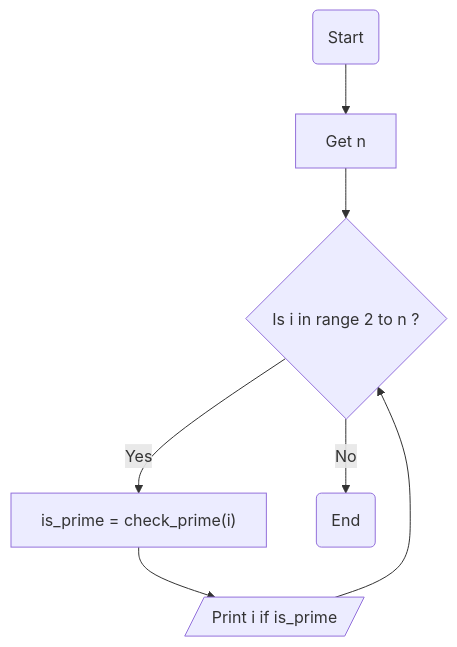
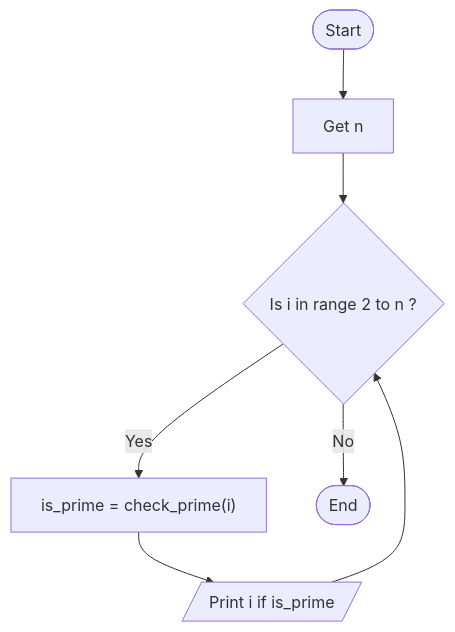
The diagram in helps/exercise-4-1.md (hayyaun/kids), drawn with Mermaid before and after one commit. The commit also changed 4 other files, not shown here.

````diff
--- a/helps/exercise-4-1.md
+++ b/helps/exercise-4-1.md
@@ -27,11 +27,13 @@
 ```mermaid
 flowchart TD
     A("Start") --> C["Get n"]
     F["is_prime = check_prime(i)"] --> G["Print i if is_prime"]
     E{"Is i in range 2 to n ?"} -- No --> L("End")
     C --> E
     E -- Yes --> F
     G --> E
 
     G@{ shape: in-out}
+    L@{ shape: terminal}
+    A@{ shape: terminal}
 ```
````
